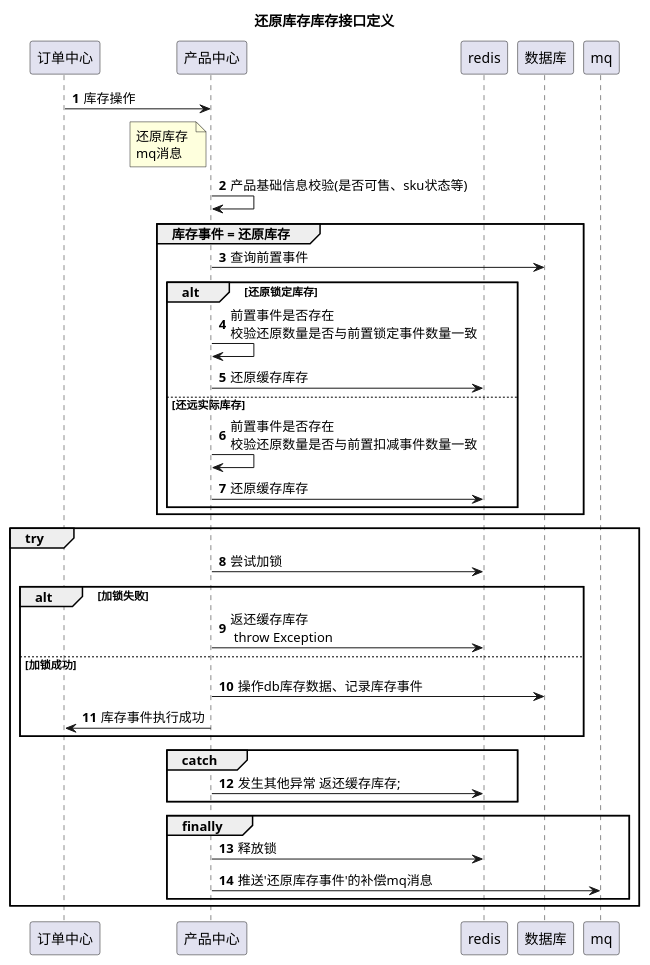
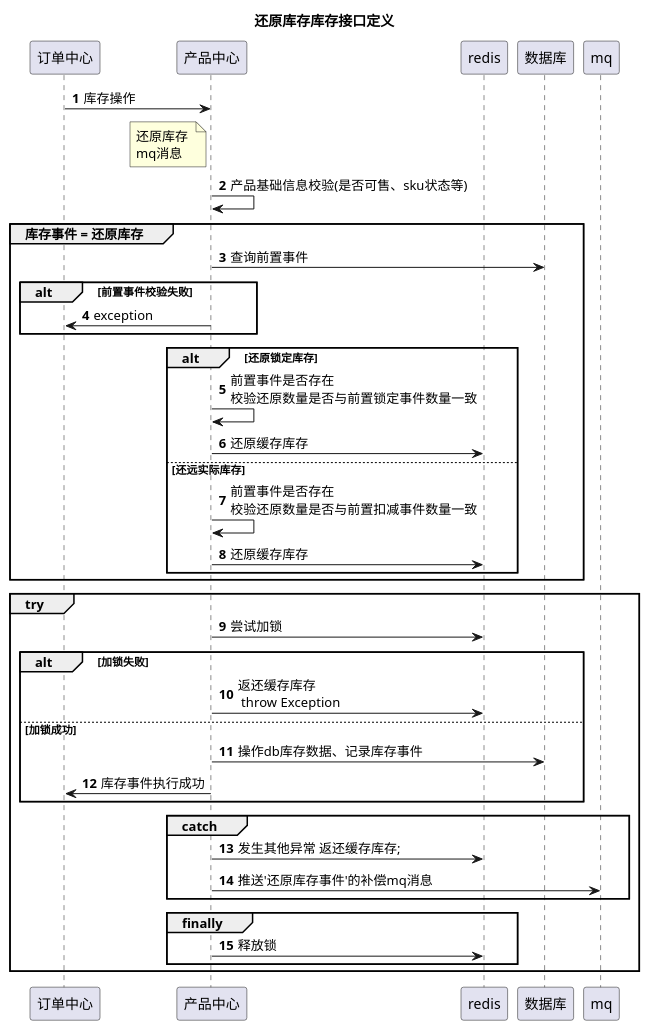
The diagram in src/main/resources/plantuml/nh/inventory/rollback_inventroy.puml (learnxin/testdemo), drawn with PlantUML before and after one commit. The commit also changed 2 other files, not shown here.

```diff
--- a/src/main/resources/plantuml/nh/inventory/rollback_inventroy.puml
+++ b/src/main/resources/plantuml/nh/inventory/rollback_inventroy.puml
@@ -1,46 +1,49 @@
 @startuml
 title 还原库存库存接口定义
 
 autonumber
 participant "订单中心" as vc
 participant "产品中心" as cpm
 participant "redis" as redis
 participant "数据库" as db
 
 vc -> cpm: 库存操作
 note left of cpm:还原库存 \nmq消息
 
 
 cpm -> cpm: 产品基础信息校验(是否可售、sku状态等)
 group 库存事件 = 还原库存
     cpm -> db : 查询前置事件
+    alt 前置事件校验失败
+    cpm -> vc : exception
+    end
     alt 还原锁定库存
         cpm -> cpm : 前置事件是否存在\n校验还原数量是否与前置锁定事件数量一致
         cpm -> redis: 还原缓存库存
     else 还远实际库存
         cpm -> cpm : 前置事件是否存在\n校验还原数量是否与前置扣减事件数量一致
         cpm -> redis: 还原缓存库存
     end
 end
 
 group try
 'cpm->cpm:// 尝试加锁\nboolean isLocked = lock.tryLock(500, 1000, TimeUnit.MILLISECONDS);\n//    加锁失败 返还名额 throw ex\n        if (!isLocked) {\n                         cacheManager.atomicGetAndAdd(key, -num);\n                         throw new VcRpcException(CommonResponseCode.LockFailure);\n                     }        \n                     // 更新课程剩余名额\n                     trainDo.setScale(scale);\n                     trainService.updateTrain(trainDo, clientInfo);
     cpm->redis:尝试加锁
     alt 加锁失败
     cpm -> redis:返还缓存库存 \n throw Exception
     else 加锁成功
     cpm -> db :操作db库存数据、记录库存事件
     cpm -> vc :库存事件执行成功
     end
     group catch
         cpm -> redis: 发生其他异常 返还缓存库存;
-
+        cpm -> mq : 推送'还原库存事件'的补偿mq消息
     end
 
     group finally
         cpm -> redis: 释放锁
-        cpm -> mq : 推送'还原库存事件'的补偿mq消息
+
     end
 end
 
 @enduml
```
